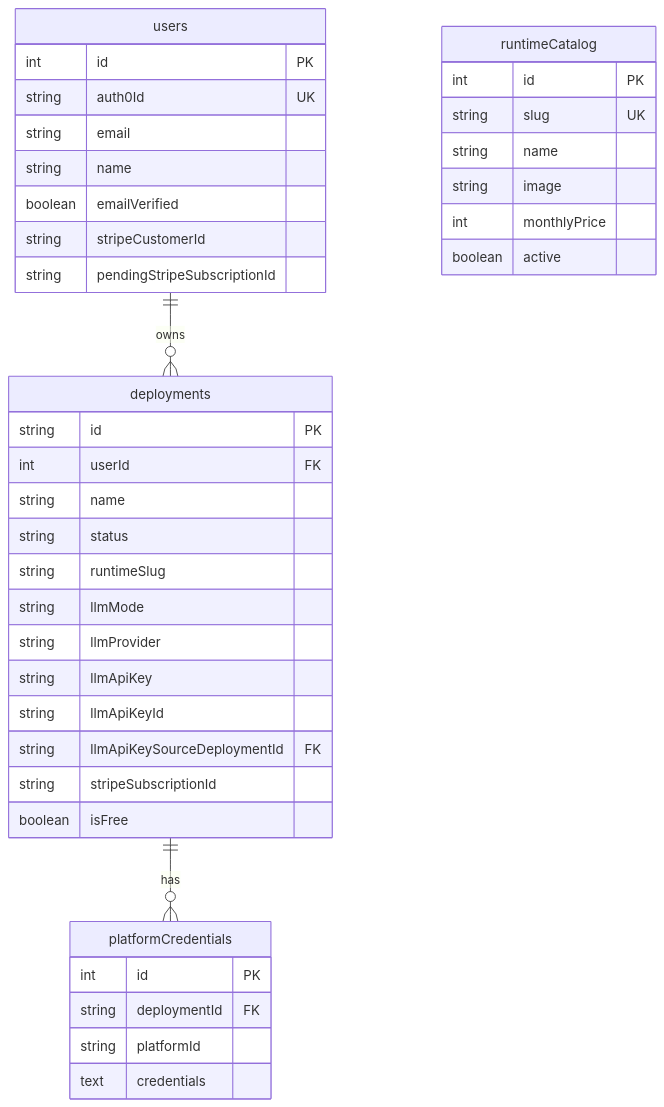
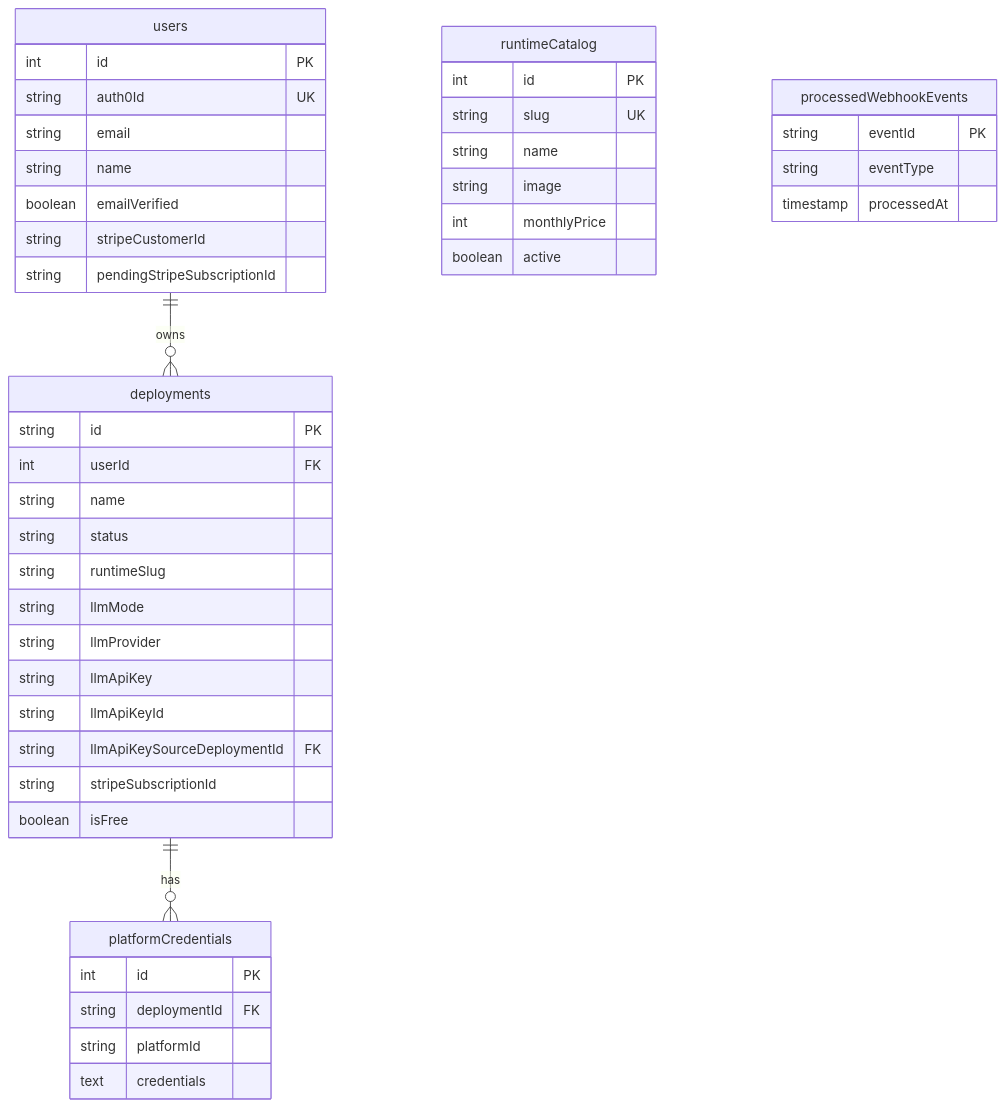
Before and after one commit to Bretthb/jarble: diagram 30 of 31 in DEVELOPER-GUIDE.md, drawn with Mermaid. The commit also changed other lines of this file and 2 other files, not shown here.

````diff
--- a/DEVELOPER-GUIDE.md
+++ b/DEVELOPER-GUIDE.md
@@ -1568,45 +1619,51 @@
 ```mermaid
 erDiagram
     users ||--o{ deployments : "owns"
     users {
         int id PK
         string auth0Id UK
         string email
         string name
         boolean emailVerified
         string stripeCustomerId
         string pendingStripeSubscriptionId
     }
 
     deployments ||--o{ platformCredentials : "has"
     deployments {
         string id PK
         int userId FK
         string name
         string status
         string runtimeSlug
         string llmMode
         string llmProvider
         string llmApiKey
         string llmApiKeyId
         string llmApiKeySourceDeploymentId FK
         string stripeSubscriptionId
         boolean isFree
     }
 
     runtimeCatalog {
         int id PK
         string slug UK
         string name
         string image
         int monthlyPrice
         boolean active
     }
 
     platformCredentials {
         int id PK
         string deploymentId FK
         string platformId
         text credentials
     }
+
+    processedWebhookEvents {
+        string eventId PK
+        string eventType
+        timestamp processedAt
+    }
 ```
````
